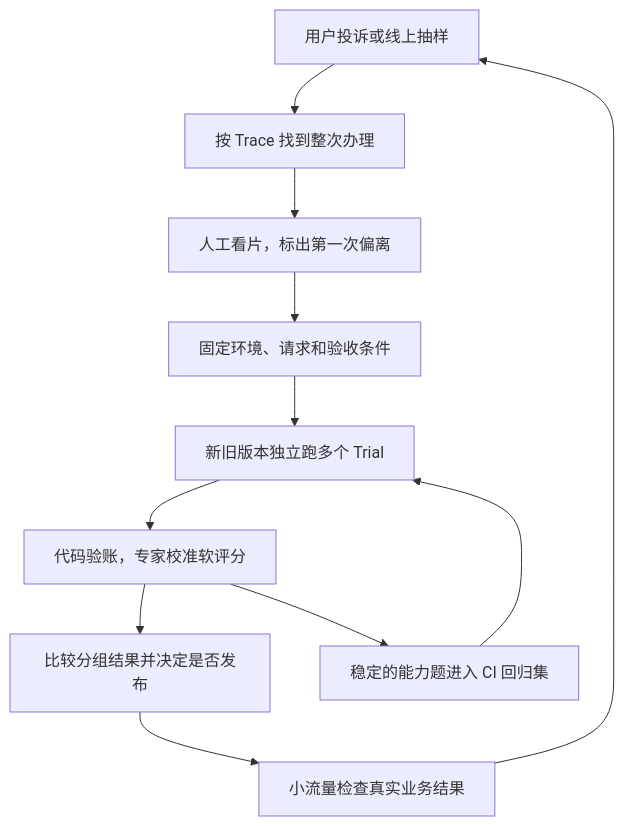
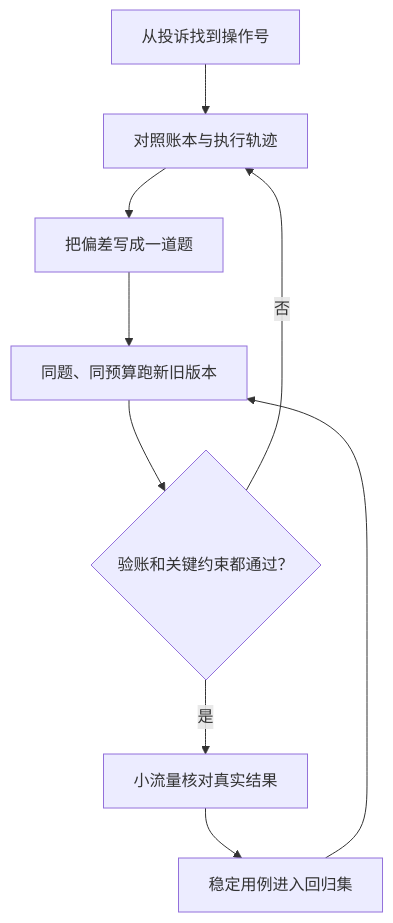
Before and after one commit to echonoshy/agent-engineering-handbook: the first of 2 diagrams in 09-eval-observability-and-production/01-agent-eval-and-observability.md, drawn with Mermaid. The commit also changed other lines of this file and 21 other files, not shown here.

````diff
--- a/09-eval-observability-and-production/01-agent-eval-and-observability.md
+++ b/09-eval-observability-and-production/01-agent-eval-and-observability.md
@@ -9,13 +5,11 @@
 ```mermaid
 flowchart TD
-  A["用户投诉或线上抽样"] --> B["按 Trace 找到整次办理"]
-  B --> C["人工看片，标出第一次偏离"]
-  C --> D["固定环境、请求和验收条件"]
-  D --> E["新旧版本独立跑多个 Trial"]
-  E --> F["代码验账，专家校准软评分"]
-  F --> G["比较分组结果并决定是否发布"]
-  G --> H["小流量检查真实业务结果"]
-  H --> A
-  F --> I["稳定的能力题进入 CI 回归集"]
-  I --> E
+  A["从投诉找到操作号"] --> B["对照账本与执行轨迹"]
+  B --> C["把偏差写成一道题"]
+  C --> D["同题、同预算跑新旧版本"]
+  D --> E{"验账和关键约束都通过？"}
+  E -->|否| B
+  E -->|是| F["小流量核对真实结果"]
+  F --> G["稳定用例进入回归集"]
+  G --> D
 ```
````
